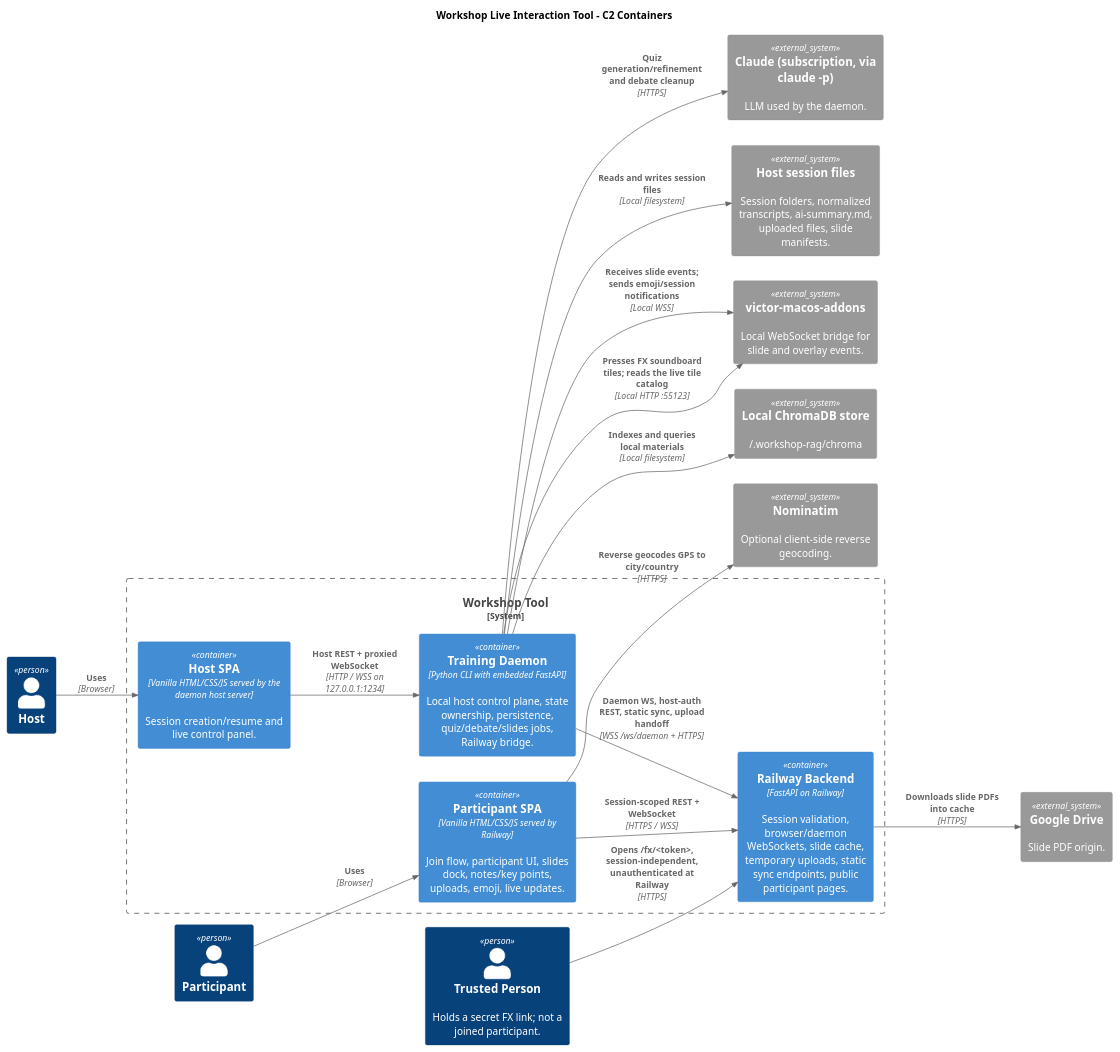
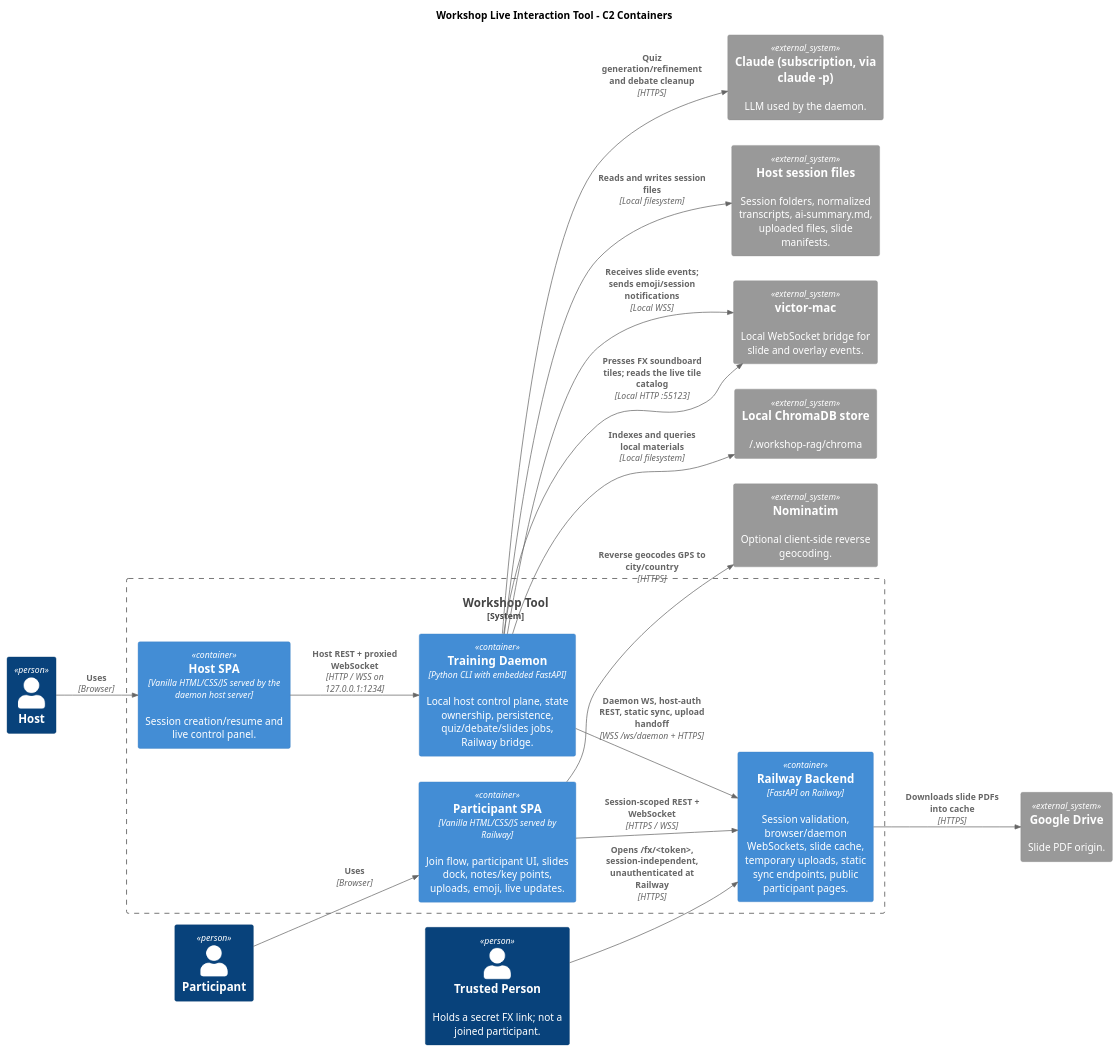
The second of 4 diagrams in ARCHITECTURE.md (victorrentea/training-assistant), drawn with PlantUML before and after one commit. The commit also changed other lines of this file and 45 other files, not shown here.

First line of the commit message:
📦 victor-macos-addons is now victor-mac

````diff
--- a/ARCHITECTURE.md
+++ b/ARCHITECTURE.md
@@ -78,44 +78,44 @@
 ```plantuml
 @startuml C2_Containers
 !include <C4/C4_Container>
 
 title Workshop Live Interaction Tool - C2 Containers
 LAYOUT_LEFT_RIGHT()
 
 Person(host, "Host")
 Person(participant, "Participant")
 Person(fx_holder, "Trusted Person", "Holds a secret FX link; not a joined participant.")
 
 System_Boundary(workshop, "Workshop Tool") {
     Container(participant_spa, "Participant SPA", "Vanilla HTML/CSS/JS served by Railway", "Join flow, participant UI, slides dock, notes/key points, uploads, emoji, live updates.")
     Container(host_spa, "Host SPA", "Vanilla HTML/CSS/JS served by the daemon host server", "Session creation/resume and live control panel.")
     Container(railway_backend, "Railway Backend", "FastAPI on Railway", "Session validation, browser/daemon WebSockets, slide cache, temporary uploads, static sync endpoints, public participant pages.")
     Container(training_daemon, "Training Daemon", "Python CLI with embedded FastAPI", "Local host control plane, state ownership, persistence, quiz/debate/slides jobs, Railway bridge.")
 }
 
-System_Ext(macos_addons, "victor-macos-addons", "Local WebSocket bridge for slide and overlay events.")
+System_Ext(macos_addons, "victor-mac", "Local WebSocket bridge for slide and overlay events.")
 System_Ext(claude_api, "Claude (subscription, via claude -p)", "LLM used by the daemon.")
 System_Ext(nominatim, "Nominatim", "Optional client-side reverse geocoding.")
 System_Ext(google_drive, "Google Drive", "Slide PDF origin.")
 System_Ext(host_files, "Host session files", "Session folders, normalized transcripts, ai-summary.md, uploaded files, slide manifests.")
 System_Ext(local_rag, "Local ChromaDB store", "~/.workshop-rag/chroma")
 
 Rel(participant, participant_spa, "Uses", "Browser")
 Rel(participant_spa, railway_backend, "Session-scoped REST + WebSocket", "HTTPS / WSS")
 Rel(participant_spa, nominatim, "Reverse geocodes GPS to city/country", "HTTPS")
 
 Rel(host, host_spa, "Uses", "Browser")
 Rel(host_spa, training_daemon, "Host REST + proxied WebSocket", "HTTP / WSS on 127.0.0.1:1234")
 
 Rel(fx_holder, railway_backend, "Opens /fx/<token>, session-independent, unauthenticated at Railway", "HTTPS")
 
 Rel(training_daemon, railway_backend, "Daemon WS, host-auth REST, static sync, upload handoff", "WSS /ws/daemon + HTTPS")
 Rel(training_daemon, claude_api, "Quiz generation/refinement and debate cleanup", "HTTPS")
 Rel(training_daemon, macos_addons, "Receives slide events; sends emoji/session notifications", "Local WSS")
 Rel(training_daemon, macos_addons, "Presses FX soundboard tiles; reads the live tile catalog", "Local HTTP :55123")
 Rel(training_daemon, host_files, "Reads and writes session files", "Local filesystem")
 Rel(training_daemon, local_rag, "Indexes and queries local materials", "Local filesystem")
 
 Rel(railway_backend, google_drive, "Downloads slide PDFs into cache", "HTTPS")
 @enduml
 ```
````
